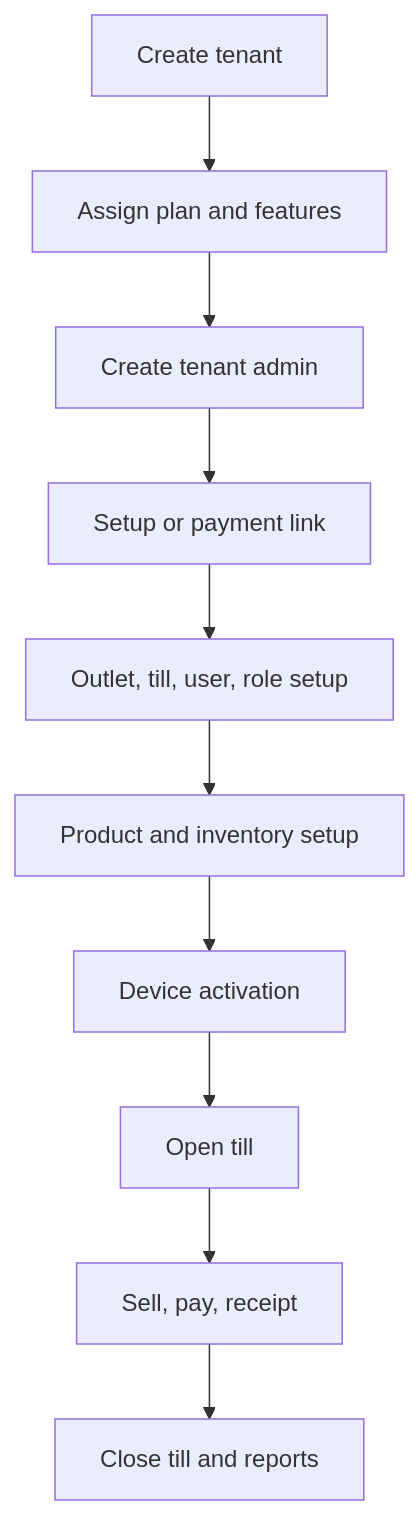
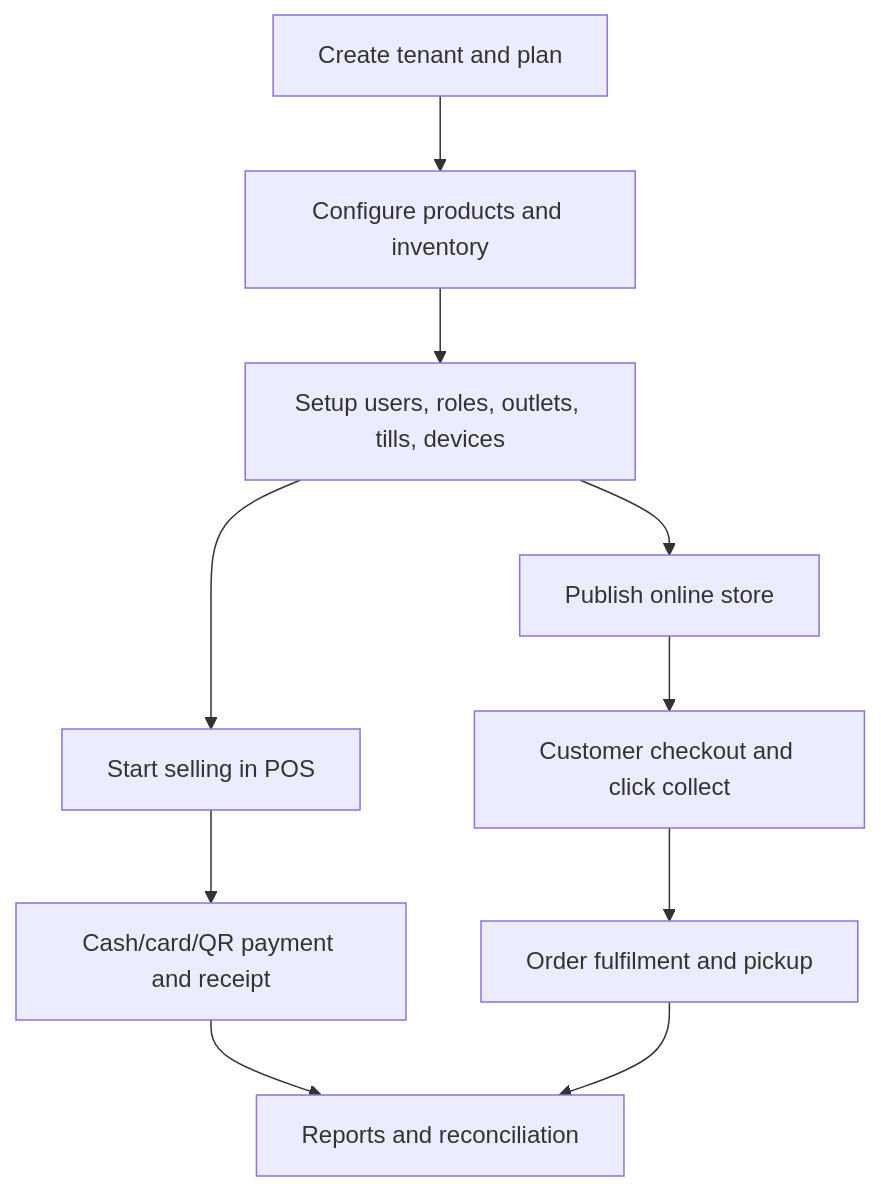
The diagram in 01_RELEASE_SCOPE/Release_1_Scope.md (unicomproject/Pos-system-Knowledge), drawn with Mermaid before and after one commit. The commit also changed other lines of this file and 430 other files, not shown here.

````diff
--- a/01_RELEASE_SCOPE/Release_1_Scope.md
+++ b/01_RELEASE_SCOPE/Release_1_Scope.md
@@ -61,12 +95,12 @@
 ```mermaid
 flowchart TD
-    A[Create tenant] --> B[Assign plan and features]
-    B --> C[Create tenant admin]
-    C --> D[Setup or payment link]
-    D --> E[Outlet, till, user, role setup]
-    E --> F[Product and inventory setup]
-    F --> G[Device activation]
-    G --> H[Open till]
-    H --> I[Sell, pay, receipt]
-    I --> J[Close till and reports]
+    A[Create tenant and plan] --> B[Configure products and inventory]
+    B --> C[Setup users, roles, outlets, tills, devices]
+    C --> D[Start selling in POS]
+    C --> E[Publish online store]
+    E --> F[Customer checkout and click collect]
+    D --> G[Cash/card/QR payment and receipt]
+    F --> H[Order fulfilment and pickup]
+    G --> I[Reports and reconciliation]
+    H --> I
 ```
````
